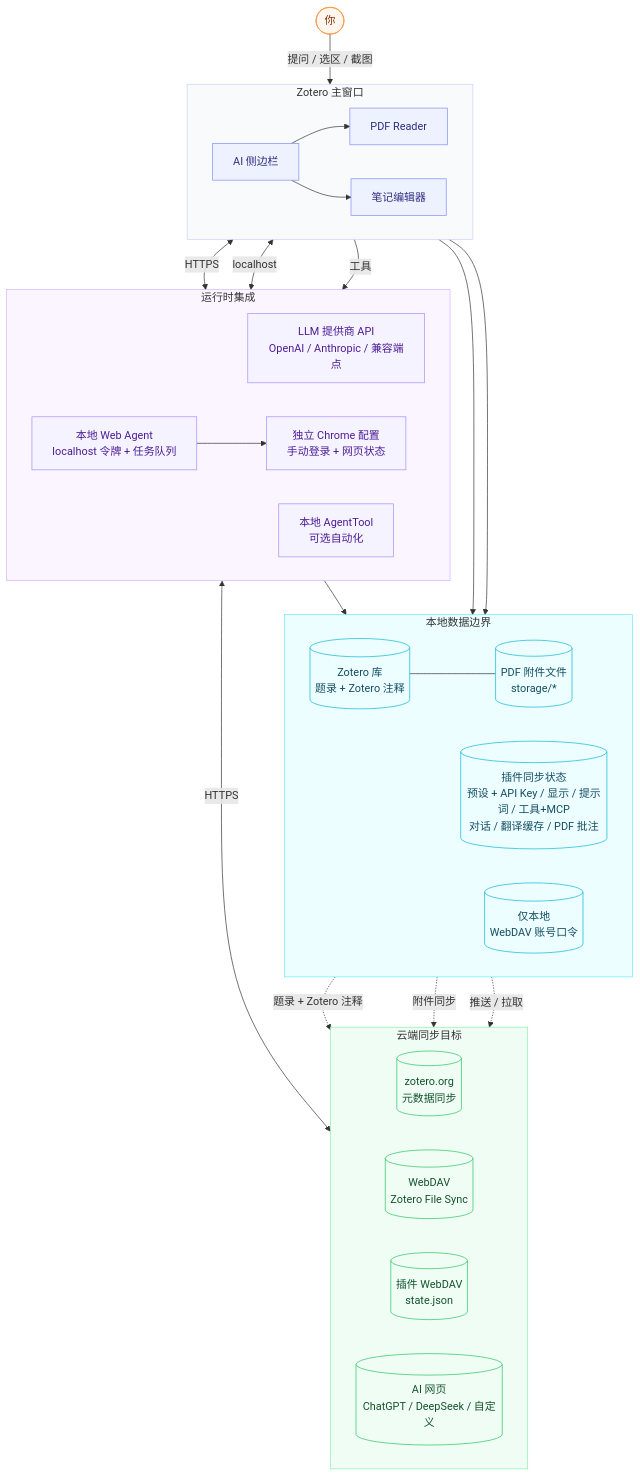
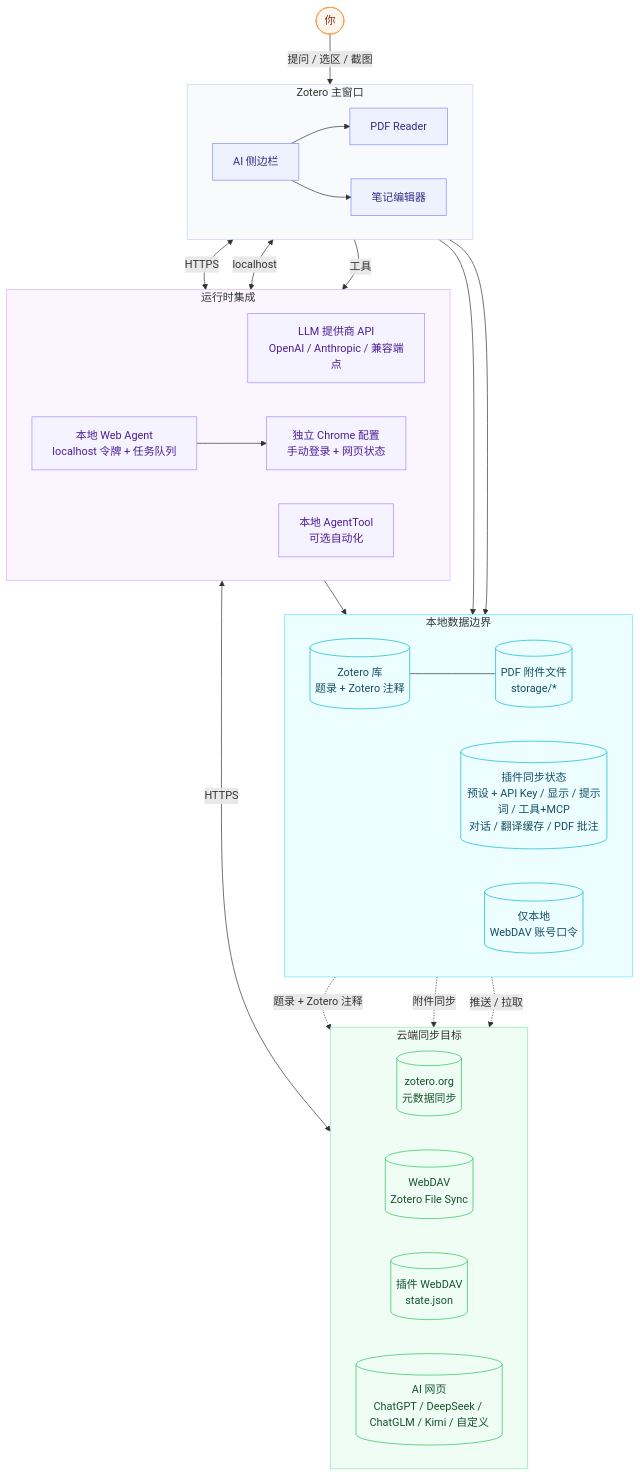
The first of 2 diagrams in README.zh-CN.md (xuhan-rgb/zotero-ai-sidebar), drawn with Mermaid before and after one commit. The commit also changed other lines of this file and 19 other files, not shown here.

````diff
--- a/README.zh-CN.md
+++ b/README.zh-CN.md
@@ -134,67 +141,67 @@
 ```mermaid
 flowchart TB
     User([你])
 
     subgraph UI[Zotero 主窗口]
         direction LR
         Side[AI 侧边栏]
         PDF[PDF Reader]
         Note[笔记编辑器]
         Side --> PDF
         Side --> Note
     end
 
     subgraph Local[本地数据边界]
         direction LR
         Core[(Zotero 库<br/>题录 + Zotero 注释)]
         Files[(PDF 附件文件<br/>storage/*)]
         PluginState[(插件同步状态<br/>预设 + API Key / 显示 / 提示词 / 工具+MCP<br/>对话 / 翻译缓存 / PDF 批注)]
         Secrets[(仅本地<br/>WebDAV 账号口令)]
     end
 
     subgraph Runtime[运行时集成]
         direction LR
         Provider[LLM 提供商 API<br/>OpenAI / Anthropic / 兼容端点]
         WebAgent[本地 Web Agent<br/>localhost 令牌 + 任务队列]
         Browser[独立 Chrome 配置<br/>手动登录 + 网页状态]
         Tools[本地 AgentTool<br/>可选自动化]
     end
 
     subgraph Cloud[云端同步目标]
         direction LR
         ZoteroOrg[(zotero.org<br/>元数据同步)]
         FileDAV[(WebDAV<br/>Zotero File Sync)]
         PluginDAV[(插件 WebDAV<br/>state.json)]
-        WebApps[(AI 网页<br/>ChatGPT / DeepSeek / 自定义)]
+        WebApps[(AI 网页<br/>ChatGPT / DeepSeek / ChatGLM / Kimi / 自定义)]
     end
 
     User -->|提问 / 选区 / 截图| Side
     Side <-->|HTTPS| Provider
     Side <-->|localhost| WebAgent
     WebAgent --> Browser
     Browser <-->|HTTPS| WebApps
     Side -->|工具| Tools
     Tools --> Core
     Side --> Secrets
     Side --> PluginState
     Core --- Files
 
     Core -.题录 + Zotero 注释.-> ZoteroOrg
     Files -.附件同步.-> FileDAV
     PluginState -.推送 / 拉取.-> PluginDAV
 
     classDef actor fill:#fff7ed,stroke:#fb923c,color:#7c2d12,stroke-width:1px;
     classDef zotero fill:#eef2ff,stroke:#818cf8,color:#312e81,stroke-width:1px;
     classDef local fill:#ecfeff,stroke:#06b6d4,color:#164e63,stroke-width:1px;
     classDef runtime fill:#f5f3ff,stroke:#a78bfa,color:#4c1d95,stroke-width:1px;
     classDef cloud fill:#f0fdf4,stroke:#22c55e,color:#14532d,stroke-width:1px;
     class User actor;
     class Side,PDF,Note zotero;
     class Core,Files,PluginState,Secrets local;
     class Provider,WebAgent,Browser,Tools runtime;
     class ZoteroOrg,FileDAV,PluginDAV,WebApps cloud;
     style UI fill:#f8fafc,stroke:#c7d2fe,stroke-width:1px
     style Local fill:#ecfeff,stroke:#67e8f9,stroke-width:1px
     style Runtime fill:#faf5ff,stroke:#d8b4fe,stroke-width:1px
     style Cloud fill:#f0fdf4,stroke:#86efac,stroke-width:1px
 ```
````
